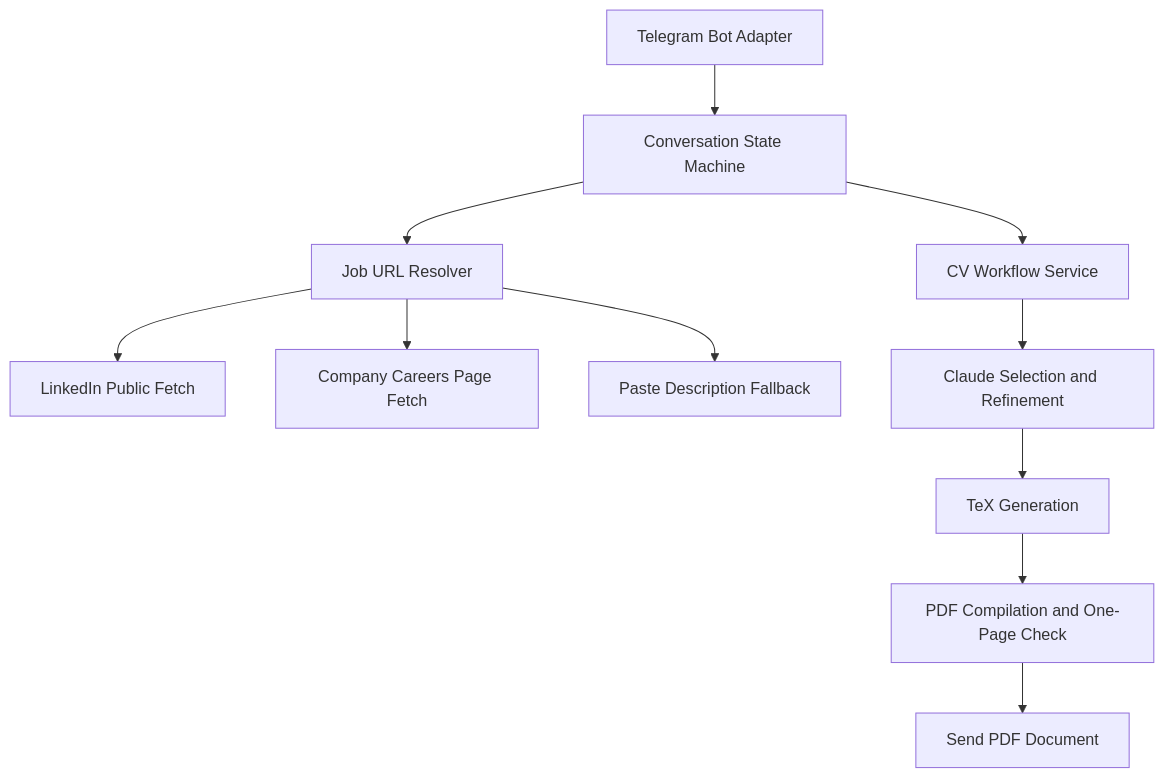
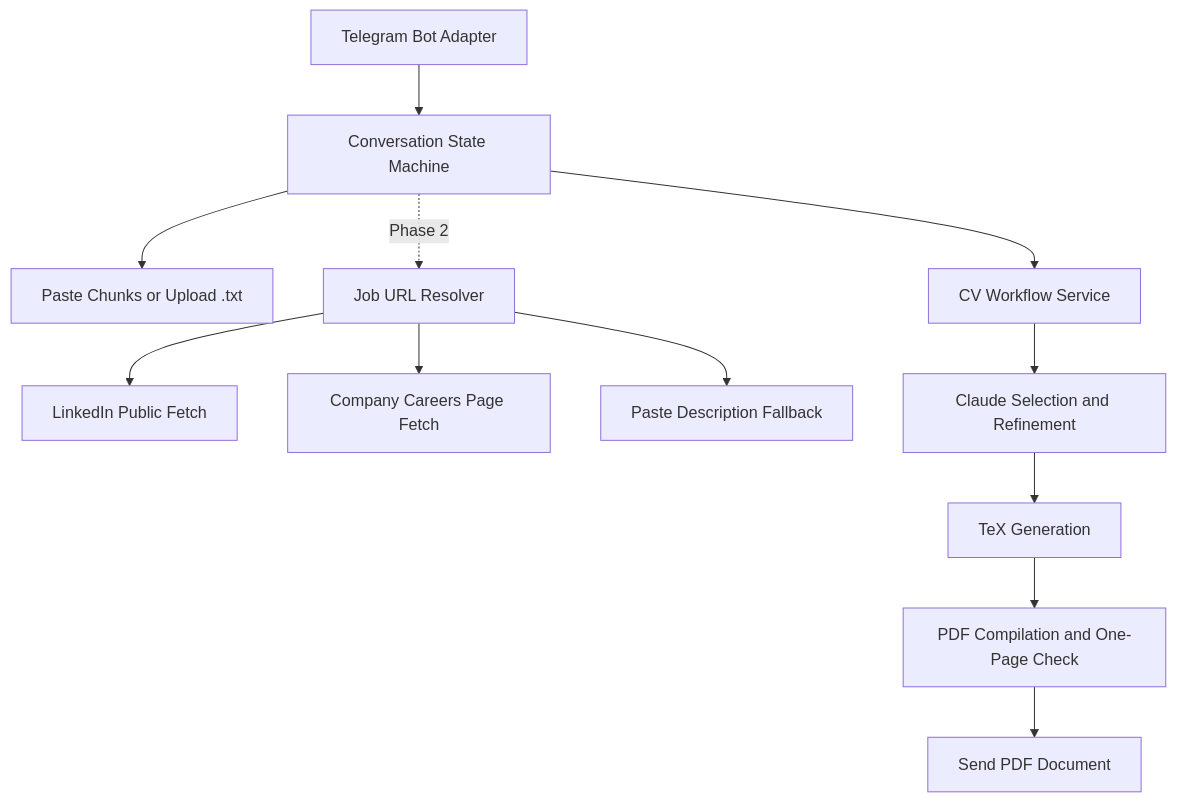
One commit to K-Aditya-25/cv-system changed the diagram in docs/telegram-workflow-plan.md. Above: the diagram before and after it, drawn with Mermaid. The commit also changed other lines of this file and 3 other files, not shown here.

````diff
--- a/docs/telegram-workflow-plan.md
+++ b/docs/telegram-workflow-plan.md
@@ -33,13 +35,14 @@
 ```mermaid
 flowchart TD
     A["Telegram Bot Adapter"] --> B["Conversation State Machine"]
-    B --> C["Job URL Resolver"]
+    B --> P["Paste Chunks or Upload .txt"]
+    B -. "Phase 2" .-> C["Job URL Resolver"]
     C --> D["LinkedIn Public Fetch"]
     C --> E["Company Careers Page Fetch"]
     C --> F["Paste Description Fallback"]
     B --> G["CV Workflow Service"]
     G --> H["Claude Selection and Refinement"]
     H --> I["TeX Generation"]
     I --> J["PDF Compilation and One-Page Check"]
     J --> K["Send PDF Document"]
 ```
````
